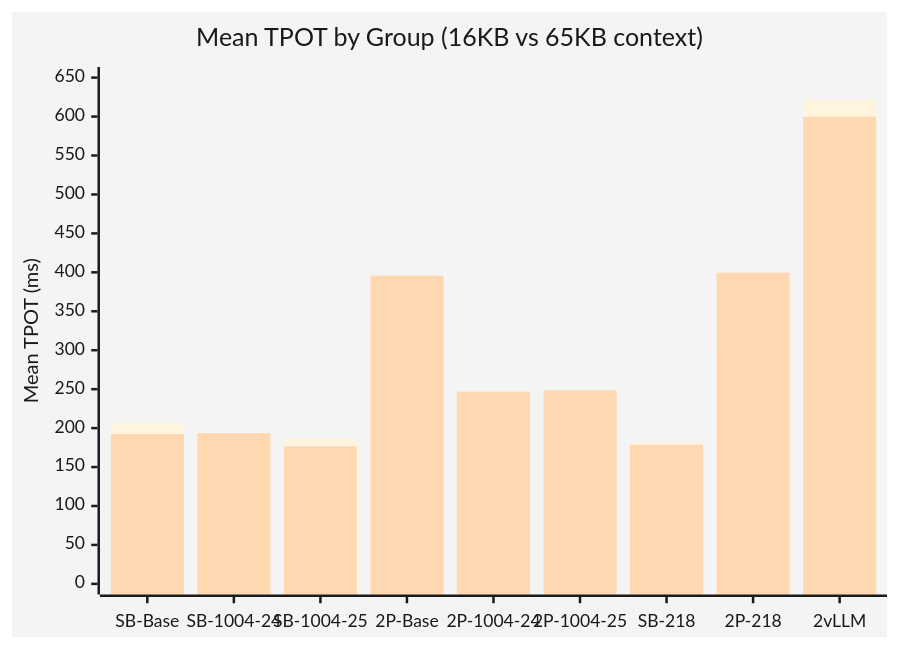
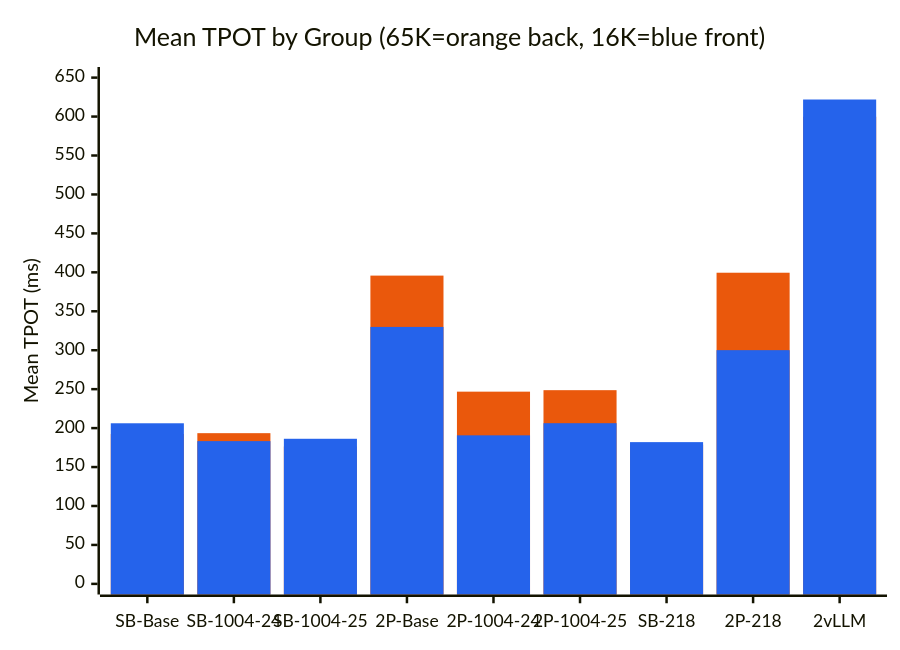
One commit to Ceng23333/InfiniLM-SVC changed the third of 4 diagrams in deployment/cases/cache-type-routing-validation/RESULTS_SUMMARY.md. Above: the diagram before and after it, drawn with Mermaid. The commit also changed other lines of this file, not shown here.

Commit message:
update the style of chart

````diff
--- a/deployment/cases/cache-type-routing-validation/RESULTS_SUMMARY.md
+++ b/deployment/cases/cache-type-routing-validation/RESULTS_SUMMARY.md
@@ -246,9 +246,9 @@
 ```mermaid
-%%{init: {'theme': 'base', 'themeVariables': {'primaryTextColor': '#1a1a1a', 'titleColor': '#1a1a1a', 'lineColor': '#333'}}}%%
+%%{init: {'theme': 'base', 'themeVariables': {'primaryTextColor': '#1a1a1a', 'titleColor': '#1a1a1a', 'lineColor': '#333', 'xyChart': {'plotColorPalette': "#ea580c, #2563eb"}}}}%%
 xychart-beta
-    title "Mean TPOT by Group (16KB vs 65KB context)"
+    title "Mean TPOT by Group (65K=orange back, 16K=blue front)"
     x-axis [SB-Base, SB-1004-24, SB-1004-25, 2P-Base, 2P-1004-24, 2P-1004-25, SB-218, 2P-218, 2vLLM]
     y-axis "Mean TPOT (ms)" 0 --> 650
+    bar [192.4, 193.5, 176.4, 395.8, 246.8, 248.7, 178.7, 399.5, 599.8]
     bar [206.2, 183.3, 186.3, 329.9, 190.7, 206.3, 182, 300.1, 621.9]
-    bar [192.4, 193.5, 176.4, 395.8, 246.8, 248.7, 178.7, 399.5, 599.8]
 ```
````
